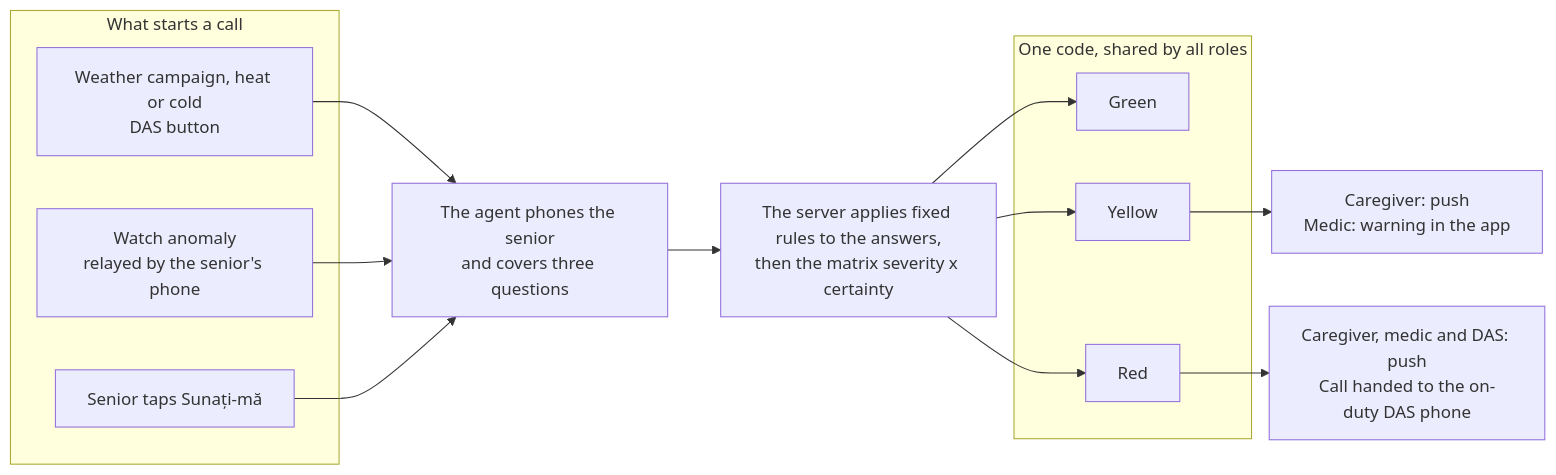
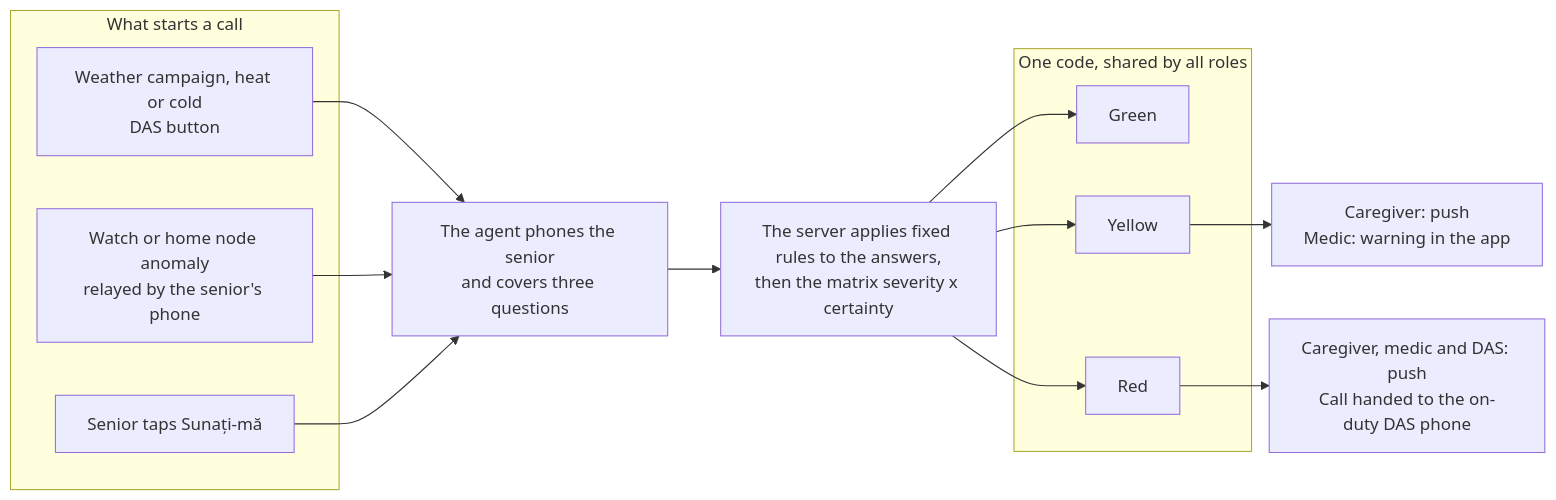
The diagram in docs/specs/sentinela/README.md (paulhondola/EchoCare), drawn with Mermaid before and after one commit. The commit also changed other lines of this file and 6 other files, not shown here.

Commit message:
docs(spec): add home node, watch fall detection and room temperature check (P19-P22)

````diff
--- a/docs/specs/sentinela/README.md
+++ b/docs/specs/sentinela/README.md
@@ -13,30 +13,30 @@
 ```mermaid
 flowchart LR
     subgraph TRIG["What starts a call"]
         T1["Weather campaign, heat or cold<br/>DAS button"]
-        T2["Watch anomaly<br/>relayed by the senior's phone"]
+        T2["Watch or home node anomaly<br/>relayed by the senior's phone"]
         T3["Senior taps Sunați-mă"]
     end
 
     CALLN["The agent phones the senior<br/>and covers three questions"]
     MAT["The server applies fixed rules to the answers,<br/>then the matrix severity x certainty"]
 
     subgraph CODES["One code, shared by all roles"]
         G["Green"]
         Y["Yellow"]
         R["Red"]
     end
 
     YA["Caregiver: push<br/>Medic: warning in the app"]
     RA["Caregiver, medic and DAS: push<br/>Call handed to the on-duty DAS phone"]
 
     T1 --> CALLN
     T2 --> CALLN
     T3 --> CALLN
     CALLN --> MAT
     MAT --> G
     MAT --> Y
     MAT --> R
     Y --> YA
     R --> RA
 ```
````
